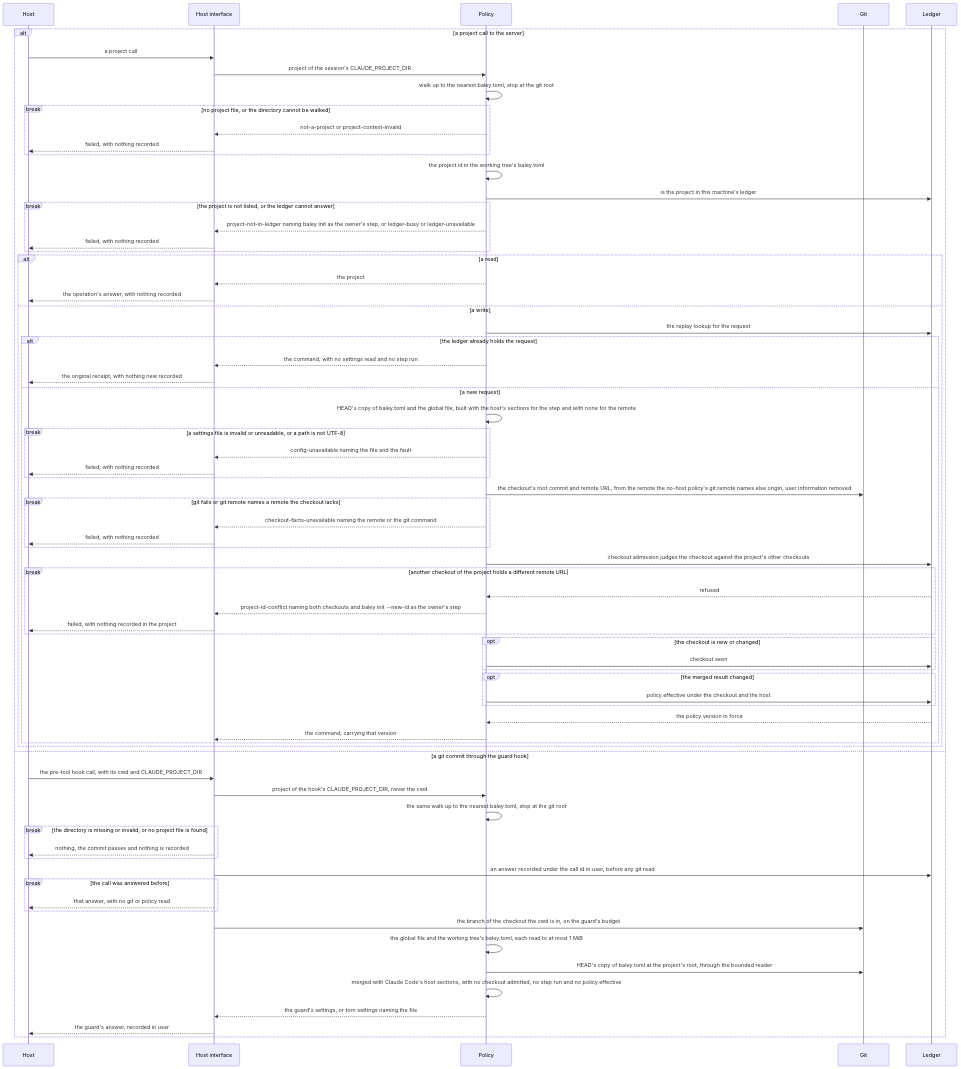
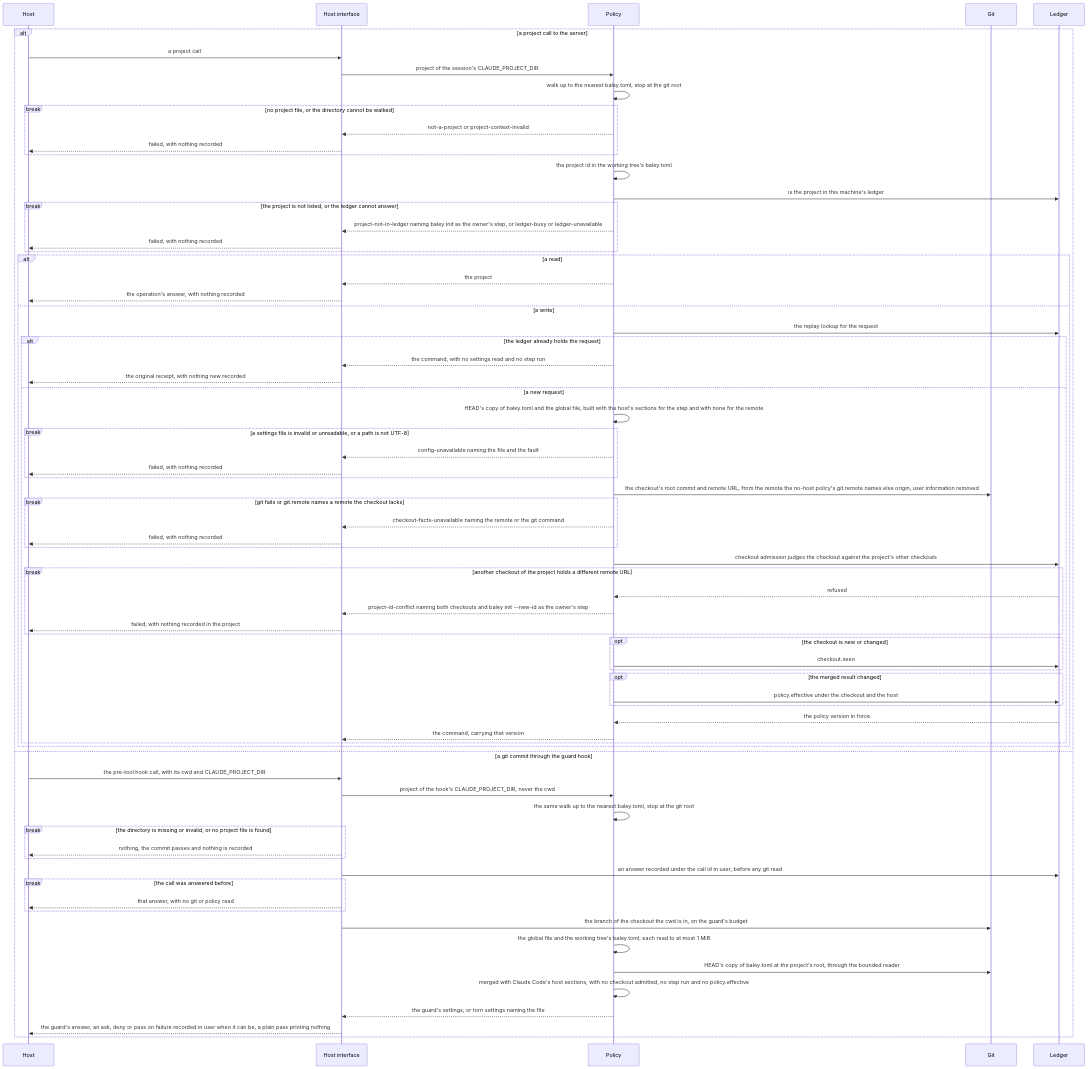
One commit to crenshawdev/baley changed the seventh of 7 diagrams in docs/design/0003-configuration-and-routing.md. Above: the diagram before and after it, drawn with Mermaid. The commit also changed other lines of this file and 2 other files, not shown here.

Commit message:
docs(design): narrow the guard notes to what the hook records and looks up
Five notes said more than the built hook does: CFG-R4 called it silent where its path rules still deny, Figure 7 recorded every answer, GRD-R10 looked up every command, Figure 2 had no branch for a call id answered for other input, and the retried-call paragraph gave hook calls a request id. One table cited a line the guard-audit deletion had moved.

````diff
--- a/docs/design/0003-configuration-and-routing.md
+++ b/docs/design/0003-configuration-and-routing.md
@@ -621,75 +621,75 @@
 ```mermaid
 sequenceDiagram
   participant H as Host
   participant I as Host interface
   participant P as Policy
   participant G as Git
   participant L as Ledger
   alt a project call to the server
     H->>I: a project call
     I->>P: project of the session's CLAUDE_PROJECT_DIR
     P->>P: walk up to the nearest baley.toml, stop at the git root
     break no project file, or the directory cannot be walked
       P-->>I: not-a-project or project-context-invalid
       I-->>H: failed, with nothing recorded
     end
     P->>P: the project id in the working tree's baley.toml
     P->>L: is the project in this machine's ledger
     break the project is not listed, or the ledger cannot answer
       P-->>I: project-not-in-ledger naming baley init as the owner's step, or ledger-busy or ledger-unavailable
       I-->>H: failed, with nothing recorded
     end
     alt a read
       P-->>I: the project
       I-->>H: the operation's answer, with nothing recorded
     else a write
       P->>L: the replay lookup for the request
       alt the ledger already holds the request
         P-->>I: the command, with no settings read and no step run
         I-->>H: the original receipt, with nothing new recorded
       else a new request
         P->>P: HEAD's copy of baley.toml and the global file, built with the host's sections for the step and with none for the remote
         break a settings file is invalid or unreadable, or a path is not UTF-8
           P-->>I: config-unavailable naming the file and the fault
           I-->>H: failed, with nothing recorded
         end
         P->>G: the checkout's root commit and remote URL, from the remote the no-host policy's git.remote names else origin, user information removed
         break git fails or git.remote names a remote the checkout lacks
           P-->>I: checkout-facts-unavailable naming the remote or the git command
           I-->>H: failed, with nothing recorded
         end
         P->>L: checkout admission judges the checkout against the project's other checkouts
         break another checkout of the project holds a different remote URL
           L-->>P: refused
           P-->>I: project-id-conflict naming both checkouts and baley init --new-id as the owner's step
           I-->>H: failed, with nothing recorded in the project
         end
         opt the checkout is new or changed
           P->>L: checkout.seen
         end
         opt the merged result changed
           P->>L: policy.effective under the checkout and the host
         end
         L-->>P: the policy version in force
         P-->>I: the command, carrying that version
       end
     end
   else a git commit through the guard hook
     H->>I: the pre-tool hook call, with its cwd and CLAUDE_PROJECT_DIR
     I->>P: project of the hook's CLAUDE_PROJECT_DIR, never the cwd
     P->>P: the same walk up to the nearest baley.toml, stop at the git root
     break the directory is missing or invalid, or no project file is found
       I-->>H: nothing, the commit passes and nothing is recorded
     end
     I->>L: an answer recorded under the call id in user, before any git read
     break the call was answered before
       I-->>H: that answer, with no git or policy read
     end
     I->>G: the branch of the checkout the cwd is in, on the guard's budget
     P->>P: the global file and the working tree's baley.toml, each read to at most 1 MiB
     P->>G: HEAD's copy of baley.toml at the project's root, through the bounded reader
     P->>P: merged with Claude Code's host sections, with no checkout admitted, no step run and no policy.effective
     P-->>I: the guard's settings, or torn settings naming the file
-    I-->>H: the guard's answer, recorded in user
+    I-->>H: the guard's answer, an ask, deny or pass on failure recorded in user when it can be, a plain pass printing nothing
   end
 ```
````
